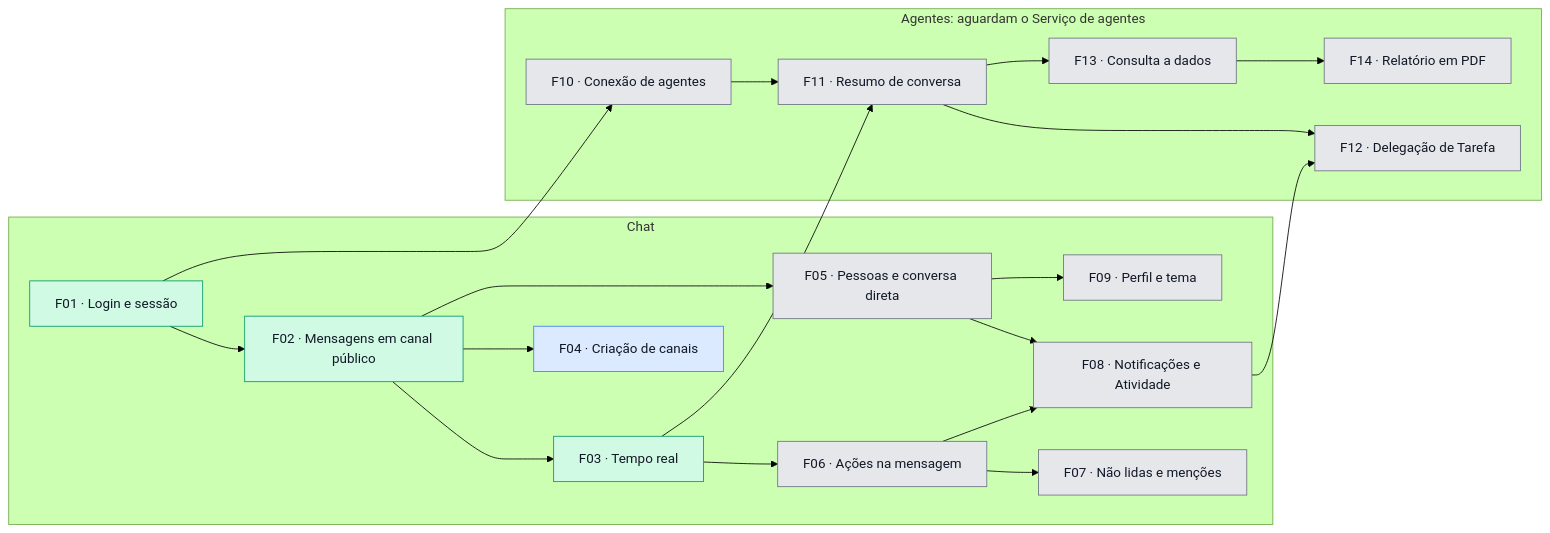
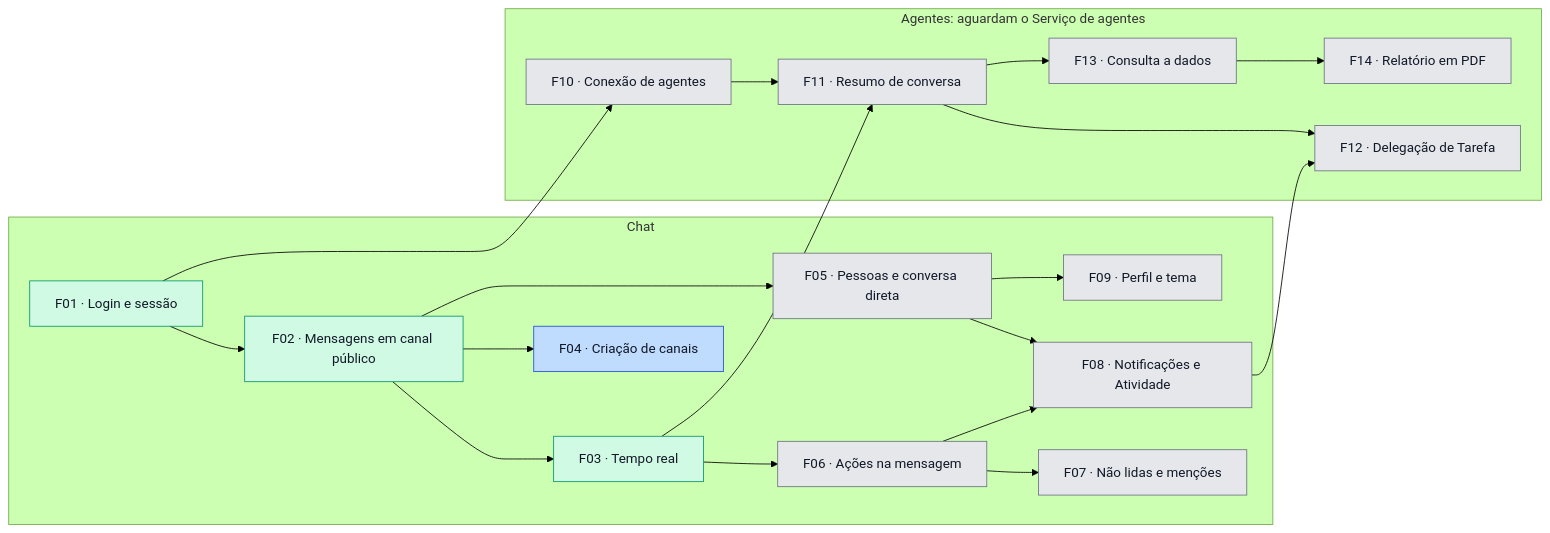
Before and after one commit to 1978bruno/fulldev_SKILL-Agentes-e-MCP-para-vibe-code: the diagram in docs/roadmap.md, drawn with Mermaid (forest theme). The commit also changed other lines of this file and 9 other files, not shown here.

First line of the commit message:
docs: spec e tarefas da F04, com LLD e glossário atualizados e F04 em spec pronta

````diff
--- a/docs/roadmap.md
+++ b/docs/roadmap.md
@@ -48,49 +48,49 @@
 ```mermaid
 flowchart LR
   subgraph chat ["Chat"]
     F01["F01 · Login e sessão"]
     F02["F02 · Mensagens em canal público"]
     F03["F03 · Tempo real"]
     F04["F04 · Criação de canais"]
     F05["F05 · Pessoas e conversa direta"]
     F06["F06 · Ações na mensagem"]
     F07["F07 · Não lidas e menções"]
     F08["F08 · Notificações e Atividade"]
     F09["F09 · Perfil e tema"]
   end
 
   subgraph agentes ["Agentes: aguardam o Serviço de agentes"]
     F10["F10 · Conexão de agentes"]
     F11["F11 · Resumo de conversa"]
     F12["F12 · Delegação de Tarefa"]
     F13["F13 · Consulta a dados"]
     F14["F14 · Relatório em PDF"]
   end
 
   F01 --> F02
   F02 --> F03
   F02 --> F04
   F02 --> F05
   F03 --> F06
   F06 --> F07
   F05 --> F08
   F06 --> F08
   F05 --> F09
   F01 --> F10
   F03 --> F11
   F10 --> F11
   F08 --> F12
   F11 --> F12
   F11 --> F13
   F13 --> F14
 
   classDef planejada fill:#e5e7eb,stroke:#6b7280,color:#111827
   classDef prdPronto fill:#dbeafe,stroke:#3b82f6,color:#111827
   classDef specPronta fill:#bfdbfe,stroke:#1d4ed8,color:#111827
   classDef emAndamento fill:#fef3c7,stroke:#d97706,color:#111827
   classDef concluida fill:#d1fae5,stroke:#059669,color:#111827
 
   class F01,F02,F03 concluida
-  class F04 prdPronto
+  class F04 specPronta
   class F05,F06,F07,F08,F09,F10,F11,F12,F13,F14 planejada
 ```
````
